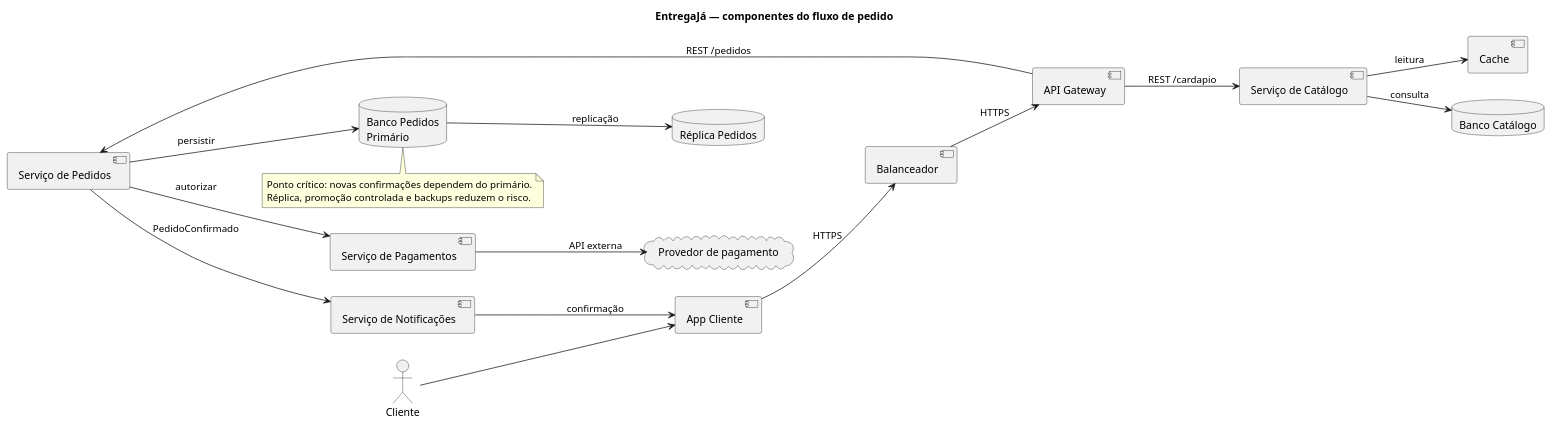
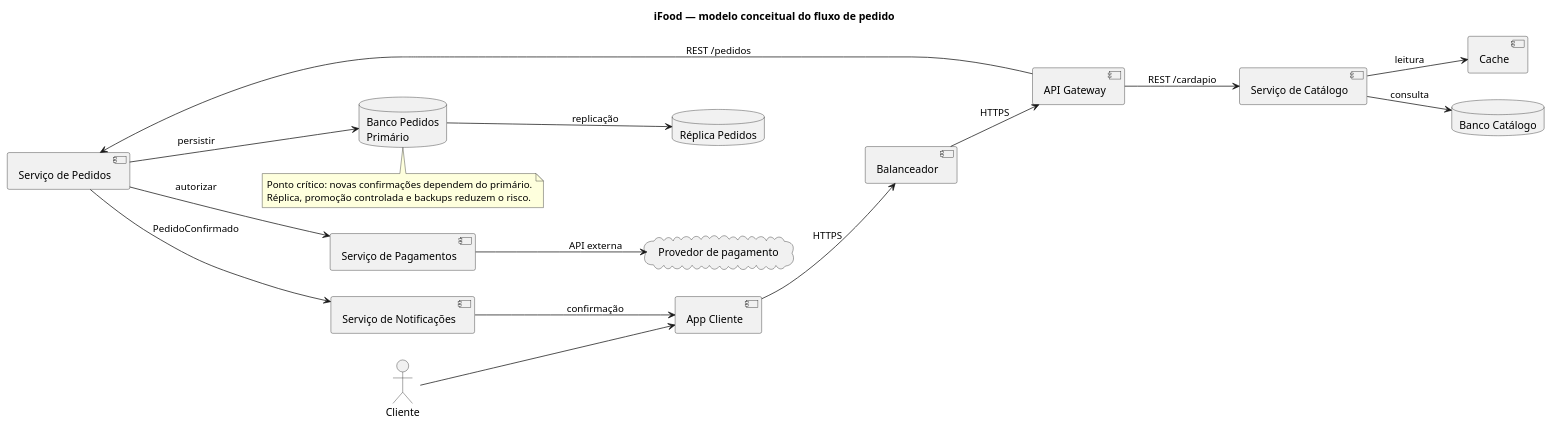
The diagram in arquitetura_backend/semana01/diagrama_componentes.puml (alvarosimeao/Entregaveis_Api_Arquitetura), drawn with PlantUML before and after one commit. The commit also changed 2 other files, not shown here.

Commit message:
Arquitetura: usa iFood como referência conceitual na semana 01

```diff
--- a/arquitetura_backend/semana01/diagrama_componentes.puml
+++ b/arquitetura_backend/semana01/diagrama_componentes.puml
@@ -1,38 +1,38 @@
 @startuml
-title EntregaJá — componentes do fluxo de pedido
+title iFood — modelo conceitual do fluxo de pedido
 left to right direction
 skinparam componentStyle uml2
 
 actor Cliente
 component "App Cliente" as App
 component "Balanceador" as LB
 component "API Gateway" as GW
 component "Serviço de Catálogo" as Catalogo
 component "Serviço de Pedidos" as Pedidos
 component "Serviço de Pagamentos" as Pagamentos
 component "Serviço de Notificações" as Notificacoes
 component "Cache" as Cache
 database "Banco Catálogo" as BCat
 database "Banco Pedidos\nPrimário" as BPed
 database "Réplica Pedidos" as Replica
 cloud "Provedor de pagamento" as PSP
 
 Cliente --> App
 App --> LB : HTTPS
 LB --> GW : HTTPS
 GW --> Catalogo : REST /cardapio
 GW --> Pedidos : REST /pedidos
 Catalogo --> Cache : leitura
 Catalogo --> BCat : consulta
 Pedidos --> Pagamentos : autorizar
 Pagamentos --> PSP : API externa
 Pedidos --> BPed : persistir
 BPed --> Replica : replicação
 Pedidos --> Notificacoes : PedidoConfirmado
 Notificacoes --> App : confirmação
 
 note bottom of BPed
   Ponto crítico: novas confirmações dependem do primário.
   Réplica, promoção controlada e backups reduzem o risco.
 end note
 @enduml
```
